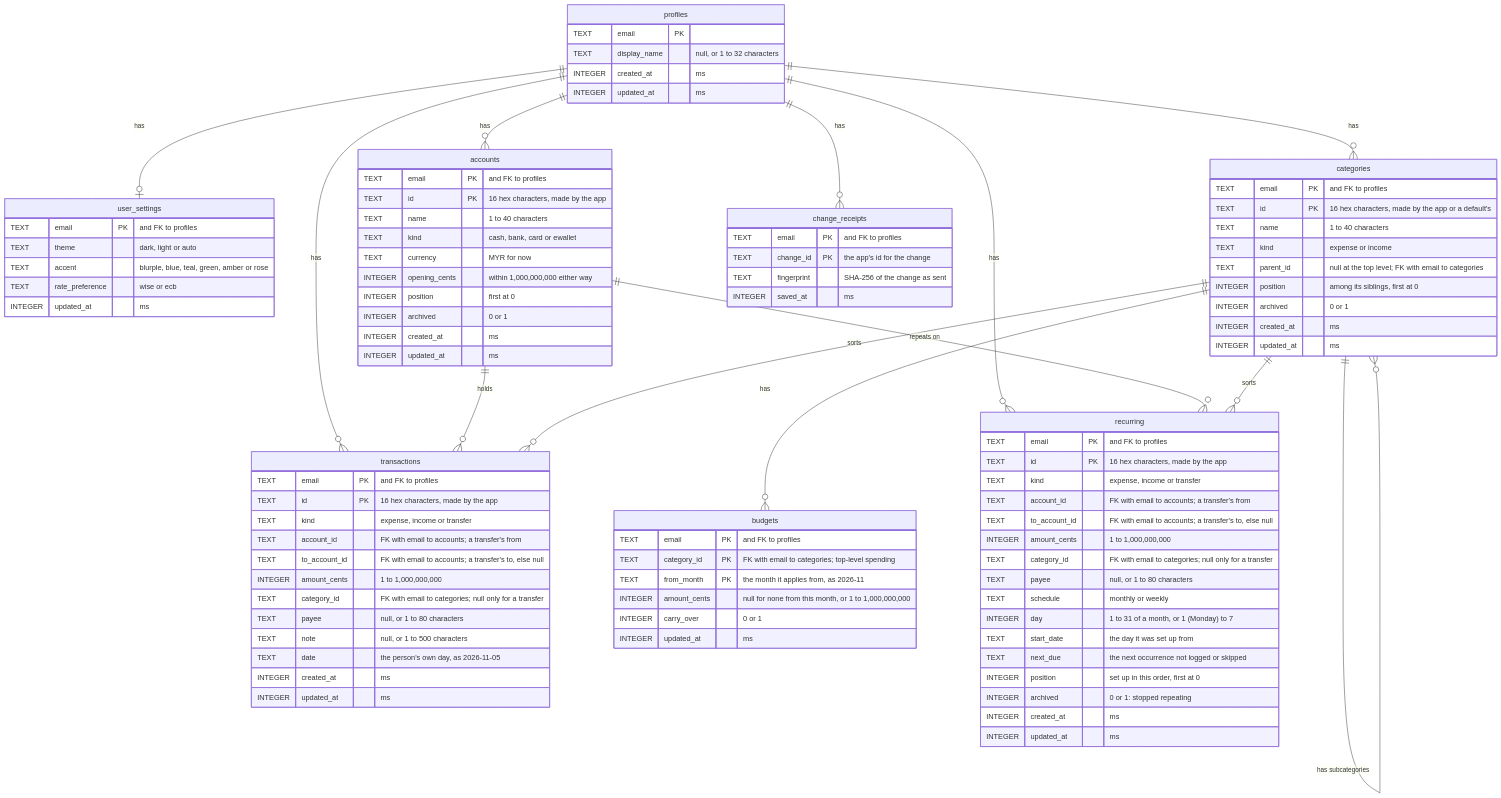
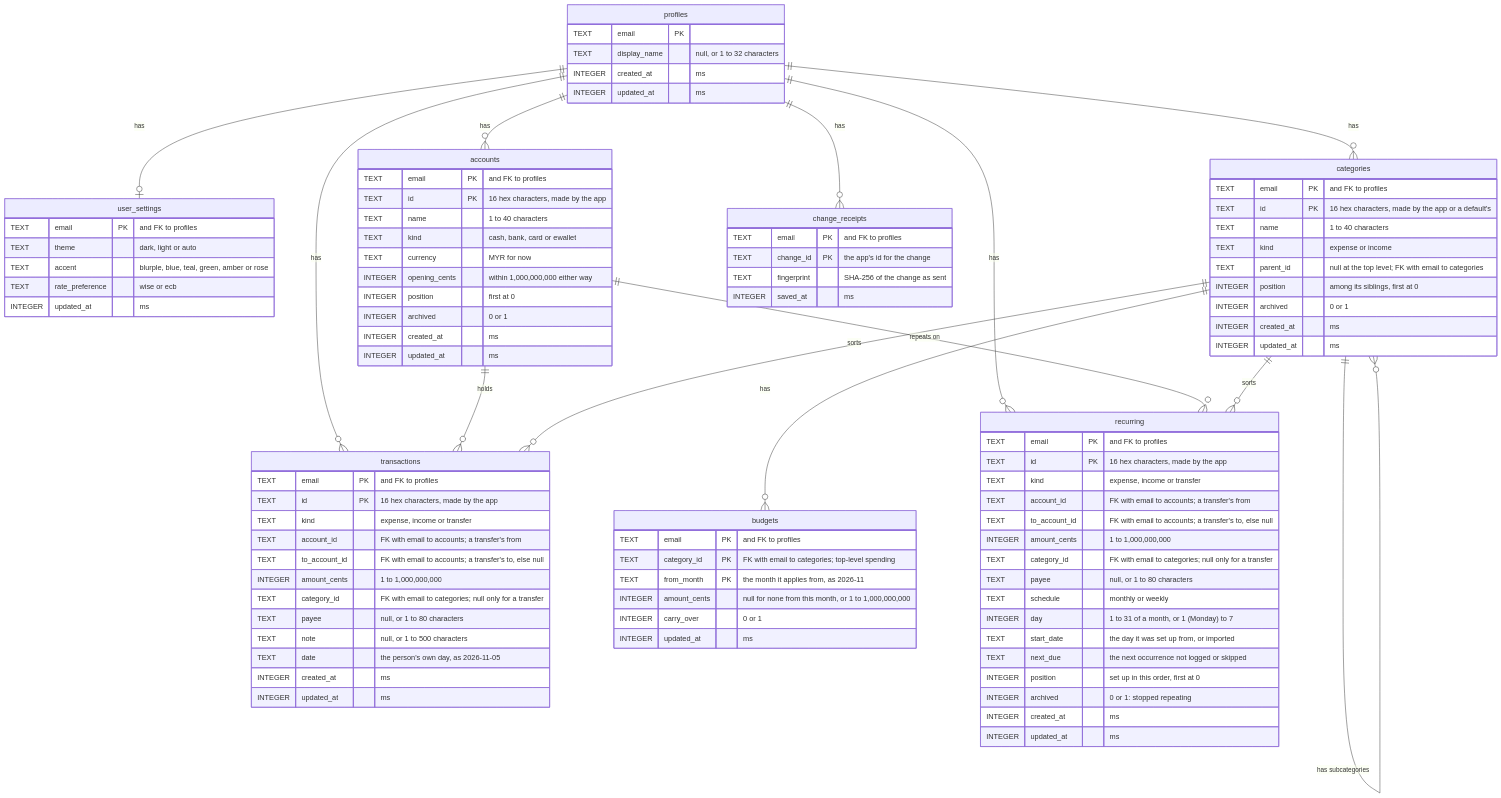
The diagram in docs/erd.md (BlueSky0322/mahnee), drawn with Mermaid before and after one commit. The commit also changed 21 other files, not shown here.

```diff
--- a/docs/erd.md
+++ b/docs/erd.md
@@ -87,7 +87,7 @@
     TEXT payee "null, or 1 to 80 characters"
     TEXT schedule "monthly or weekly"
     INTEGER day "1 to 31 of a month, or 1 (Monday) to 7"
-    TEXT start_date "the day it was set up from"
+    TEXT start_date "the day it was set up from, or imported"
     TEXT next_due "the next occurrence not logged or skipped"
     INTEGER position "set up in this order, first at 0"
     INTEGER archived "0 or 1: stopped repeating"
```
